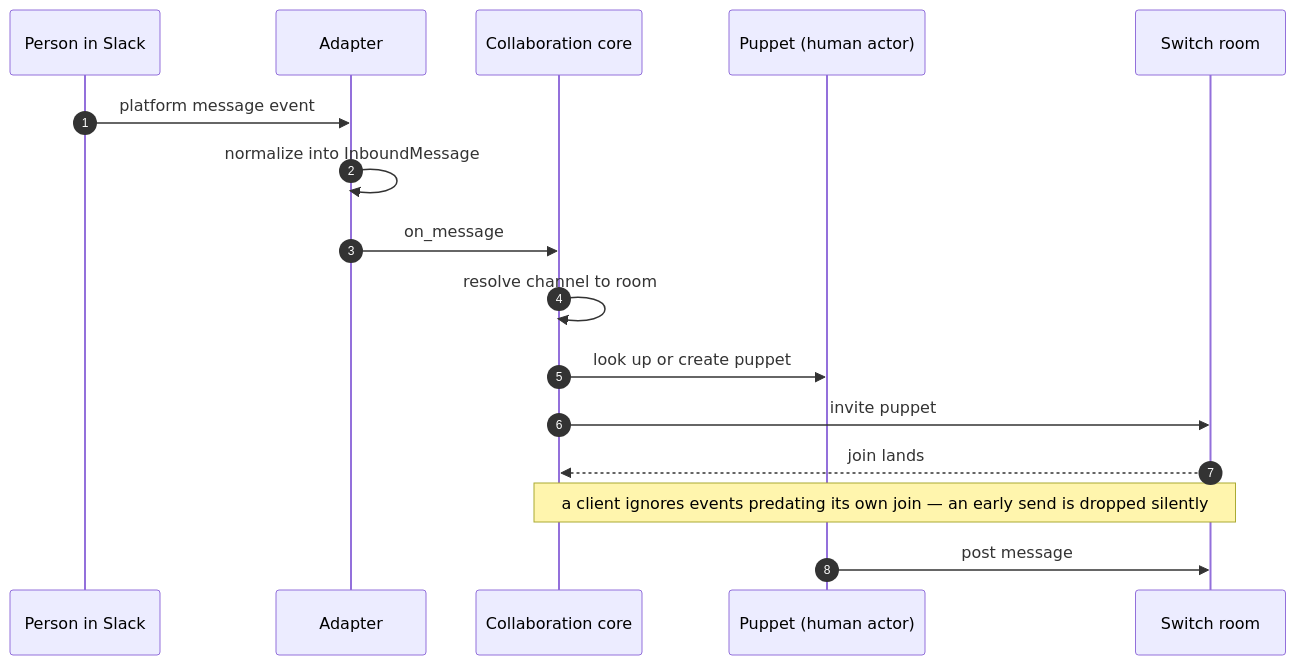
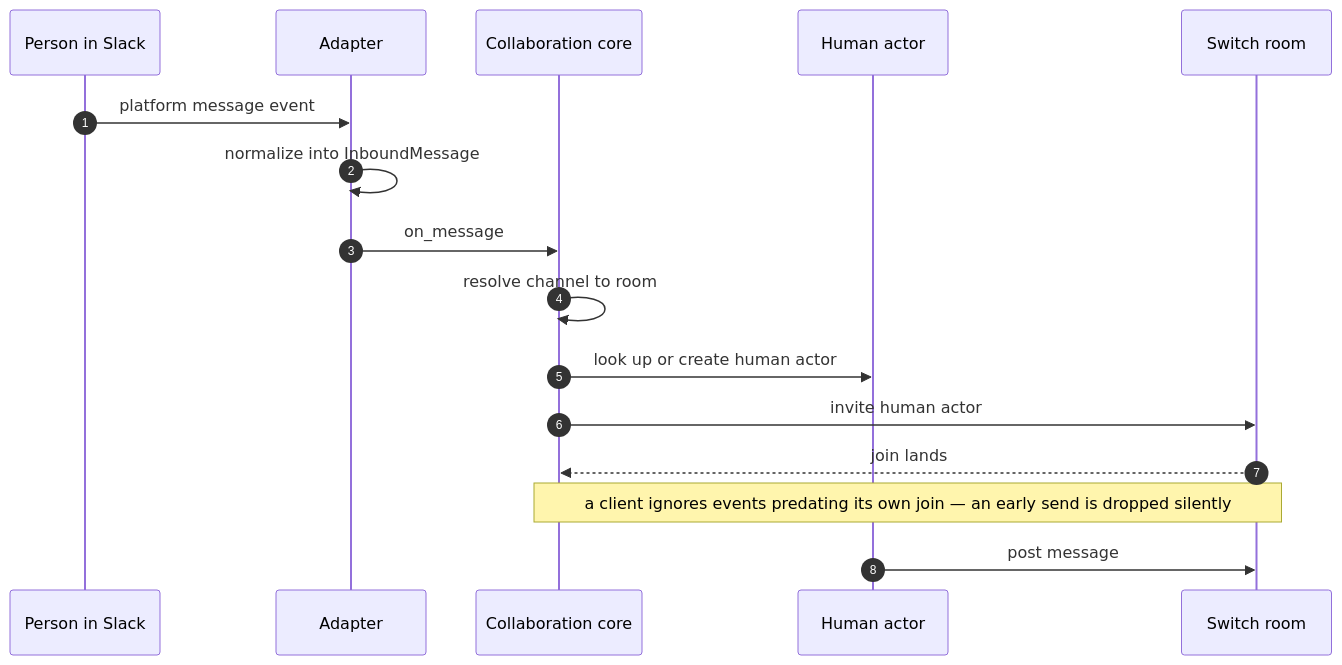
One commit to Chris-Willis/switch changed the first of 2 diagrams in docs/official/internals/collaboration-bridge.md. Above: the diagram before and after it, drawn with Mermaid. The commit also changed other lines of this file and 39 other files, not shown here.

````diff
--- a/docs/official/internals/collaboration-bridge.md
+++ b/docs/official/internals/collaboration-bridge.md
@@ -156,19 +156,19 @@
 ```mermaid
 %%{init: {'themeVariables': {'fontSize': '13px'}}}%%
 sequenceDiagram
   autonumber
   participant U as Person in Slack
   participant A as Adapter
   participant B as Collaboration core
-  participant P as Puppet (human actor)
+  participant P as Human actor
   participant R as Switch room
   U->>A: platform message event
   A->>A: normalize into InboundMessage
   A->>B: on_message
   B->>B: resolve channel to room
-  B->>P: look up or create puppet
-  B->>R: invite puppet
+  B->>P: look up or create human actor
+  B->>R: invite human actor
   R-->>B: join lands
   Note over B,R: a client ignores events predating its own join — an early send is dropped silently
   P->>R: post message
 ```
````
